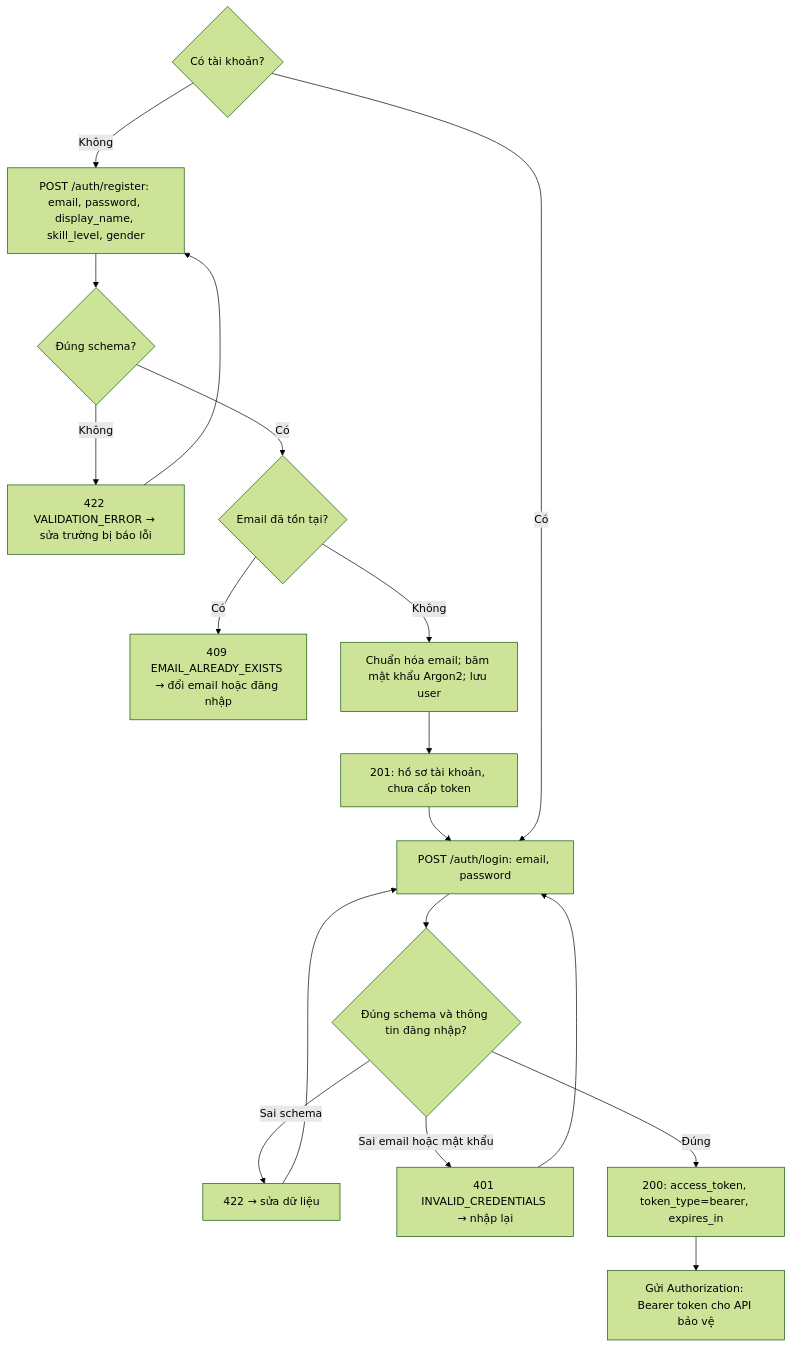
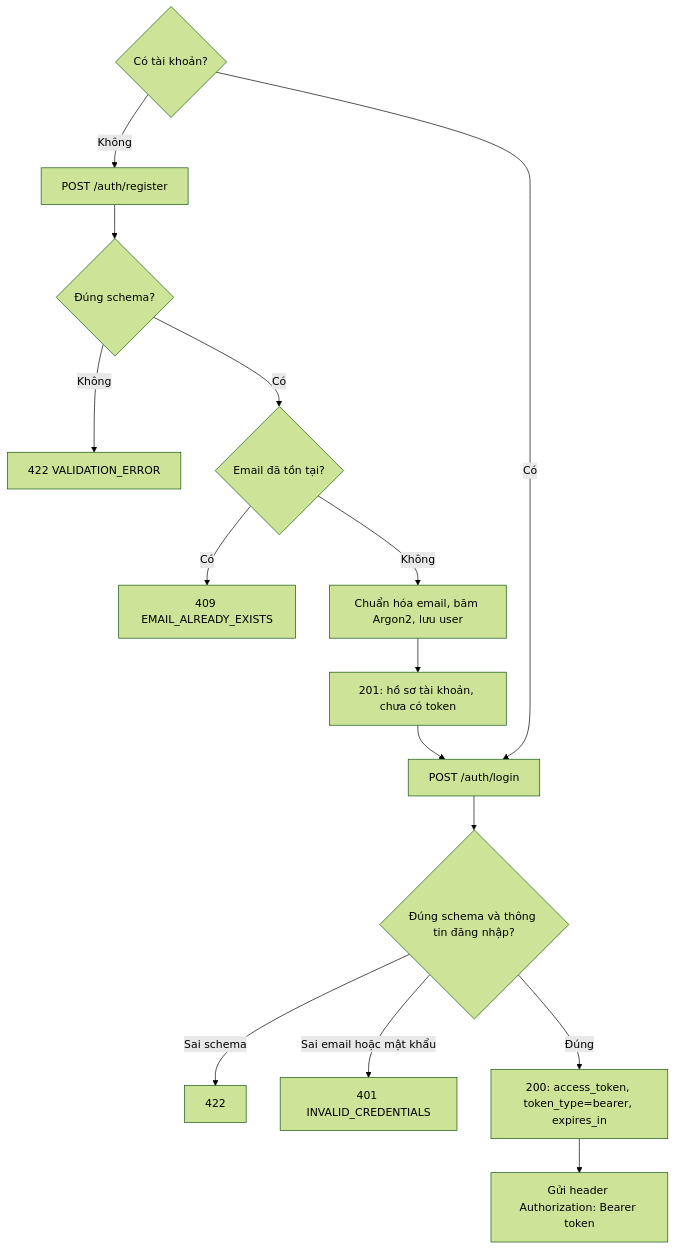
One commit to datdooo/matchmate-backend changed the first of 6 diagrams in docs/tuan-2-xay-dung/luong-nghiep-vu.md. Above: the diagram before and after it, drawn with Mermaid (forest theme). The commit also changed other lines of this file and 5 other files, not shown here.

````diff
--- a/docs/tuan-2-xay-dung/luong-nghiep-vu.md
+++ b/docs/tuan-2-xay-dung/luong-nghiep-vu.md
@@ -8,20 +18,17 @@
 ```mermaid
 flowchart TD
-    A{"Có tài khoản?"} -->|Không| B["POST /auth/register: email, password, display_name, skill_level, gender"]
+    A{"Có tài khoản?"} -->|Không| B["POST /auth/register"]
     B --> C{"Đúng schema?"}
-    C -->|Không| D["422 VALIDATION_ERROR → sửa trường bị báo lỗi"]
-    D --> B
+    C -->|Không| D["422 VALIDATION_ERROR"]
     C -->|Có| E{"Email đã tồn tại?"}
-    E -->|Có| F["409 EMAIL_ALREADY_EXISTS → đổi email hoặc đăng nhập"]
-    E -->|Không| G["Chuẩn hóa email; băm mật khẩu Argon2; lưu user"]
-    G --> H["201: hồ sơ tài khoản, chưa cấp token"]
-    H --> I["POST /auth/login: email, password"]
+    E -->|Có| F["409 EMAIL_ALREADY_EXISTS"]
+    E -->|Không| G["Chuẩn hóa email, băm Argon2, lưu user"]
+    G --> H["201: hồ sơ tài khoản, chưa có token"]
+    H --> I["POST /auth/login"]
     A -->|Có| I
     I --> J{"Đúng schema và thông tin đăng nhập?"}
-    J -->|Sai schema| K["422 → sửa dữ liệu"]
-    K --> I
-    J -->|Sai email hoặc mật khẩu| L["401 INVALID_CREDENTIALS → nhập lại"]
-    L --> I
+    J -->|Sai schema| K["422"]
+    J -->|Sai email hoặc mật khẩu| L["401 INVALID_CREDENTIALS"]
     J -->|Đúng| M["200: access_token, token_type=bearer, expires_in"]
-    M --> N["Gửi Authorization: Bearer token cho API bảo vệ"]
+    M --> N["Gửi header Authorization: Bearer token"]
 ```
````
